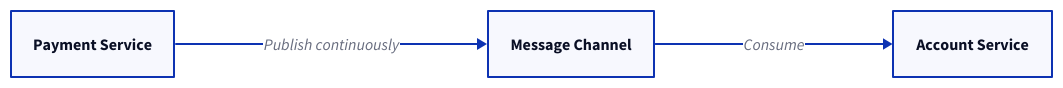
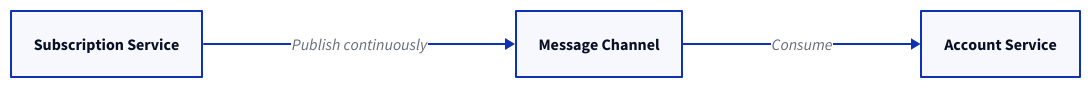
Before and after one commit to link1905/system-design-101: the tenth of 16 diagrams in content/docs/web-service/service-cluster.md, drawn with D2. The commit also changed other lines of this file and 10 other files, not shown here.

````diff
--- a/content/docs/web-service/service-cluster.md
+++ b/content/docs/web-service/service-cluster.md
@@ -286,14 +306,14 @@
 ```d2
 direction: right
 m: Message Channel {
    class: mq
 }
-a: Payment Service {
+a: Subscription Service {
    class: server
 }
 b: Account Service {
    class: generic-error
 }
 a -> m: Publish continuously
 b <- m: Consume
 ```
````
